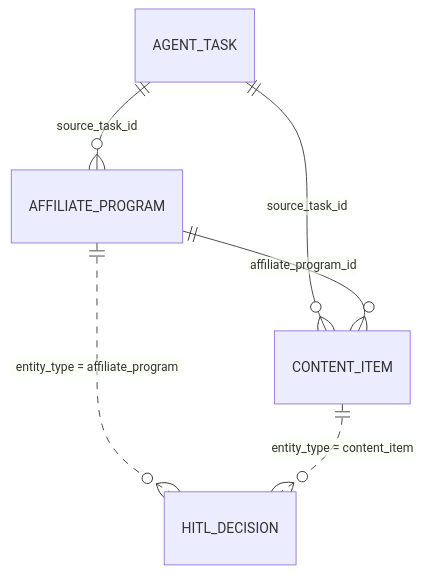
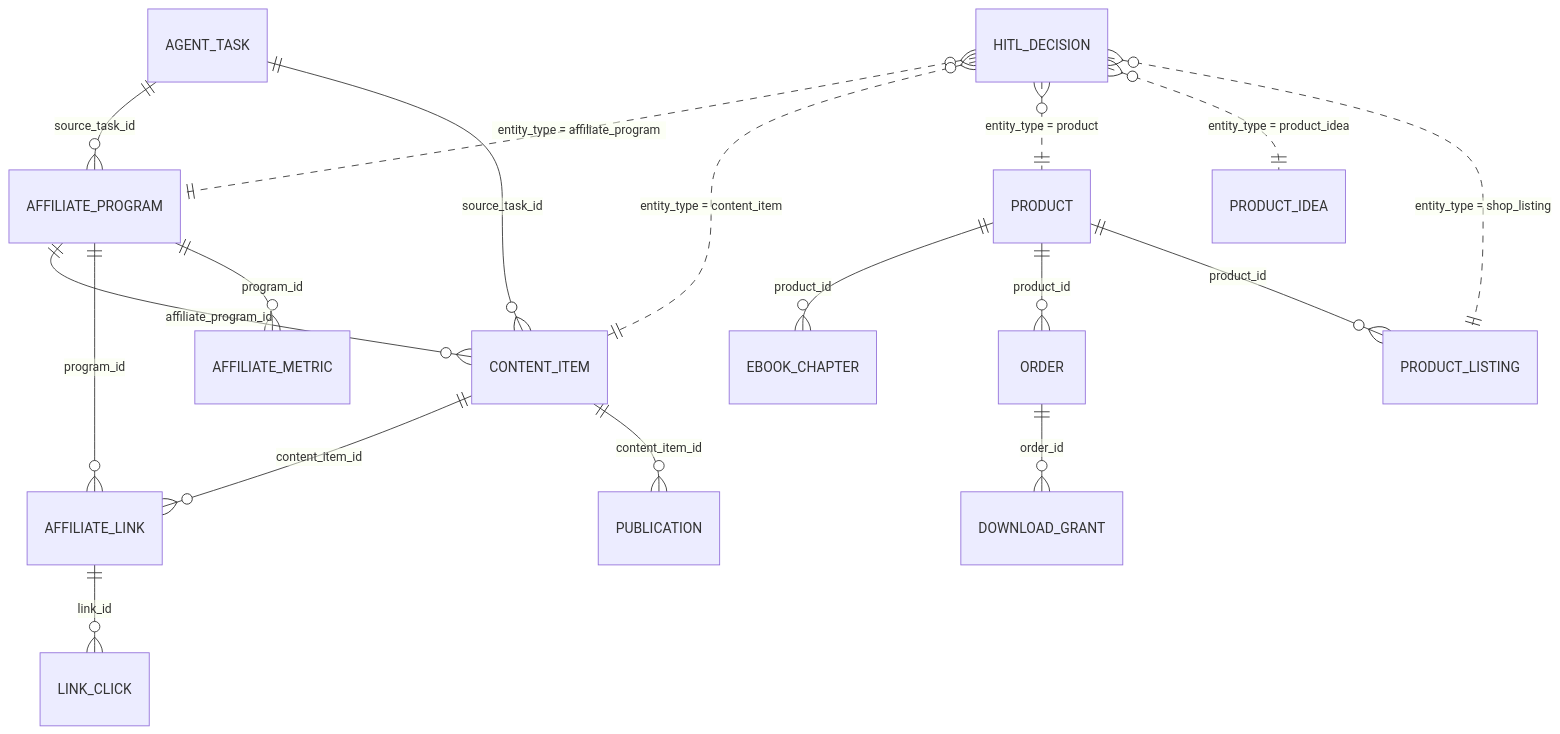
Before and after one commit to ovezthaking/Autonomous-AI-Revenue-System: the sixth of 8 diagrams in README.md, drawn with Mermaid. The commit also changed other lines of this file, not shown here.

````diff
--- a/README.md
+++ b/README.md
@@ -300,8 +462,20 @@
 ```mermaid
 erDiagram
   AGENT_TASK ||--o{ AFFILIATE_PROGRAM : "source_task_id"
   AGENT_TASK ||--o{ CONTENT_ITEM : "source_task_id"
   AFFILIATE_PROGRAM ||--o{ CONTENT_ITEM : "affiliate_program_id"
-  AFFILIATE_PROGRAM ||..o{ HITL_DECISION : "entity_type = affiliate_program"
-  CONTENT_ITEM ||..o{ HITL_DECISION : "entity_type = content_item"
+  AFFILIATE_PROGRAM ||--o{ AFFILIATE_LINK : "program_id"
+  CONTENT_ITEM ||--o{ AFFILIATE_LINK : "content_item_id"
+  AFFILIATE_LINK ||--o{ LINK_CLICK : "link_id"
+  AFFILIATE_PROGRAM ||--o{ AFFILIATE_METRIC : "program_id"
+  CONTENT_ITEM ||--o{ PUBLICATION : "content_item_id"
+  PRODUCT ||--o{ EBOOK_CHAPTER : "product_id"
+  PRODUCT ||--o{ ORDER : "product_id"
+  PRODUCT ||--o{ PRODUCT_LISTING : "product_id"
+  ORDER ||--o{ DOWNLOAD_GRANT : "order_id"
+  HITL_DECISION }o..|| AFFILIATE_PROGRAM : "entity_type = affiliate_program"
+  HITL_DECISION }o..|| CONTENT_ITEM : "entity_type = content_item"
+  HITL_DECISION }o..|| PRODUCT : "entity_type = product"
+  HITL_DECISION }o..|| PRODUCT_IDEA : "entity_type = product_idea"
+  HITL_DECISION }o..|| PRODUCT_LISTING : "entity_type = shop_listing"
 ```
````
